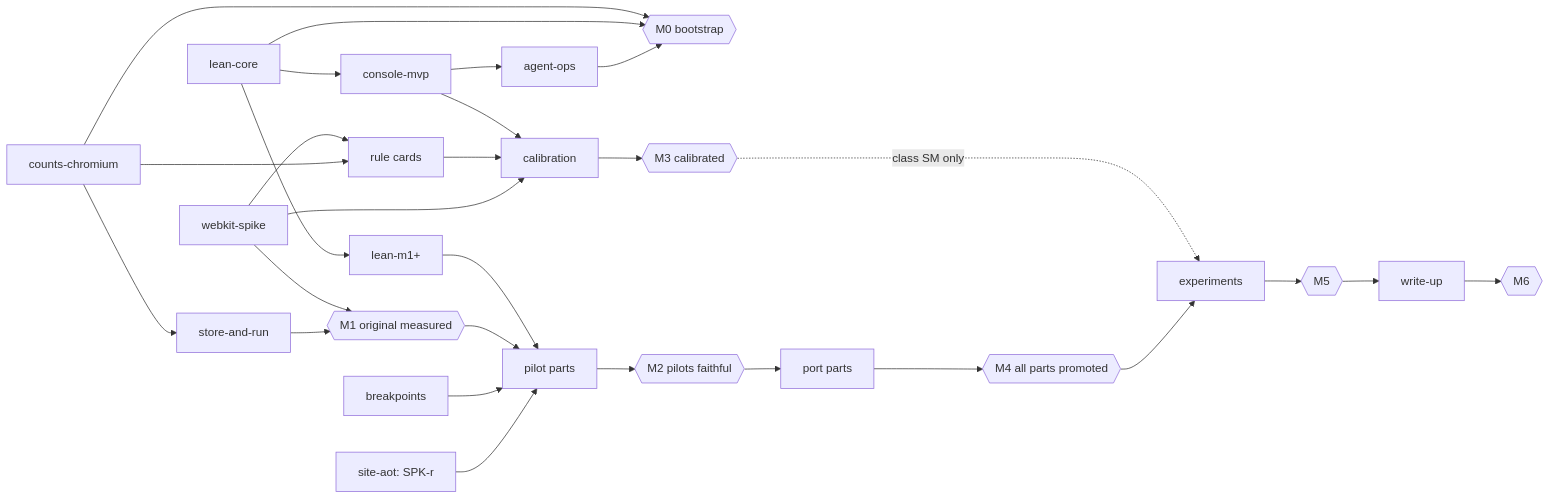
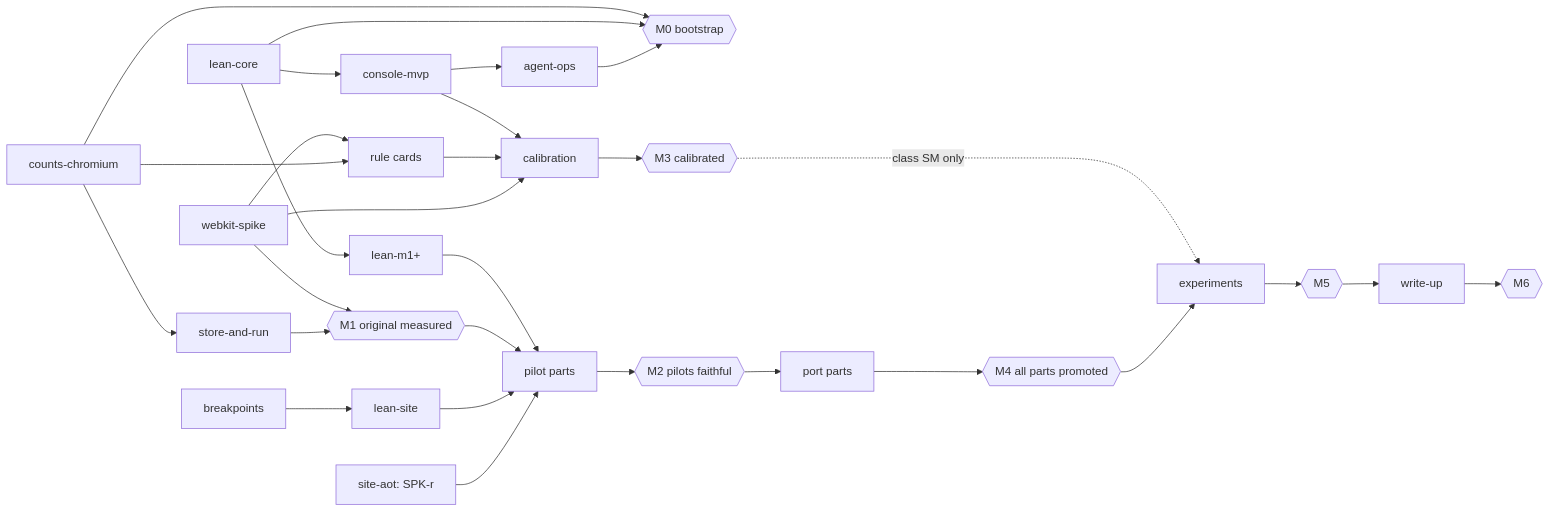
Before and after one commit to kitimark/lean-loop-engineer-the-fastwork-web-optimize: the second of 2 diagrams in docs/plan/PLAN.md, drawn with Mermaid. The commit also changed other lines of this file, not shown here.

Commit message:
plan: rev 5 - Lean first for everything reproducible (§3.3: run in fwcore, Lean-generated, or golden vectors); Fw/Site/Breakpoints; lean-site workstream; reducer and measure verdicts to fwcore; Q24 decided

````diff
--- a/docs/plan/PLAN.md
+++ b/docs/plan/PLAN.md
@@ -1197,11 +1196,12 @@
 ```mermaid
 flowchart LR
   LC[lean-core] --> CON[console-mvp] --> OPS[agent-ops] --> M0{{M0 bootstrap}}
   LC --> LM[lean-m1+] & M0
   CC[counts-chromium] --> SR[store-and-run] --> M1{{M1 original measured}}
   CC --> M0 & RC[rule cards]
   WK[webkit-spike] --> M1 & RC & CAL[calibration]
-  AOT[site-aot: SPK-r] & BP[breakpoints] & M1 & LM --> PP[pilot parts] --> M2{{M2 pilots faithful}}
+  BP[breakpoints] --> LS[lean-site]
+  AOT[site-aot: SPK-r] & LS & M1 & LM --> PP[pilot parts] --> M2{{M2 pilots faithful}}
   M2 --> PORT[port parts] --> M4{{M4 all parts promoted}} --> EXP[experiments] --> M5{{M5}} --> WR[write-up] --> M6{{M6}}
   RC & CON --> CAL --> M3{{M3 calibrated}} -. "class SM only" .-> EXP
 ```
````
